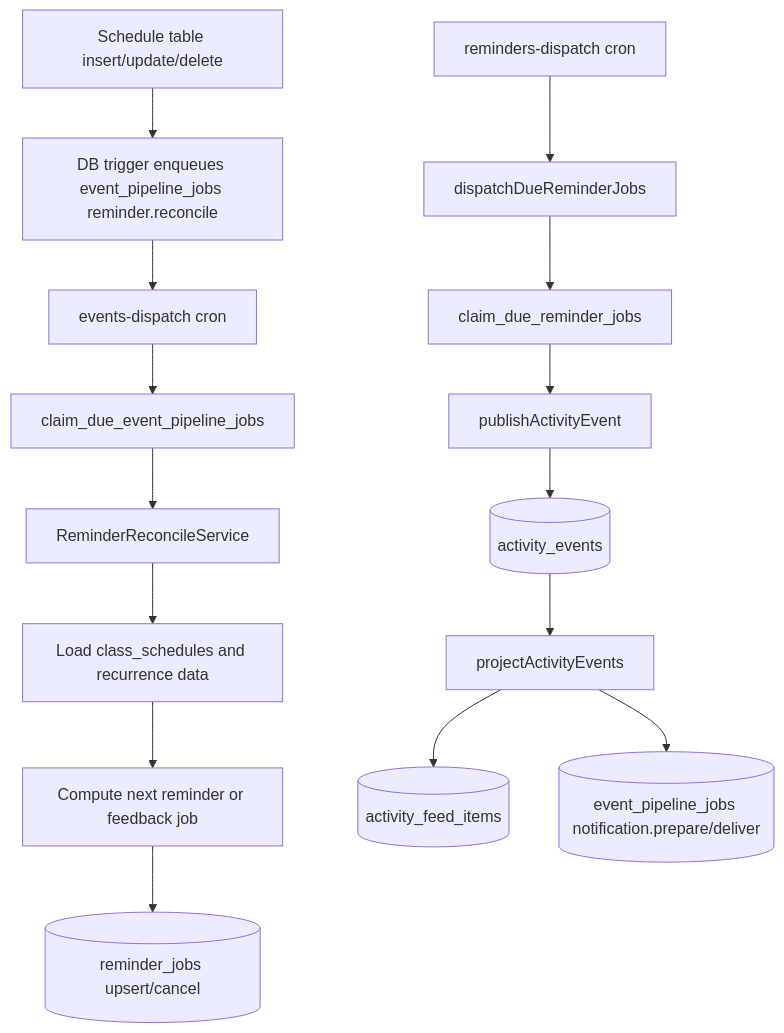
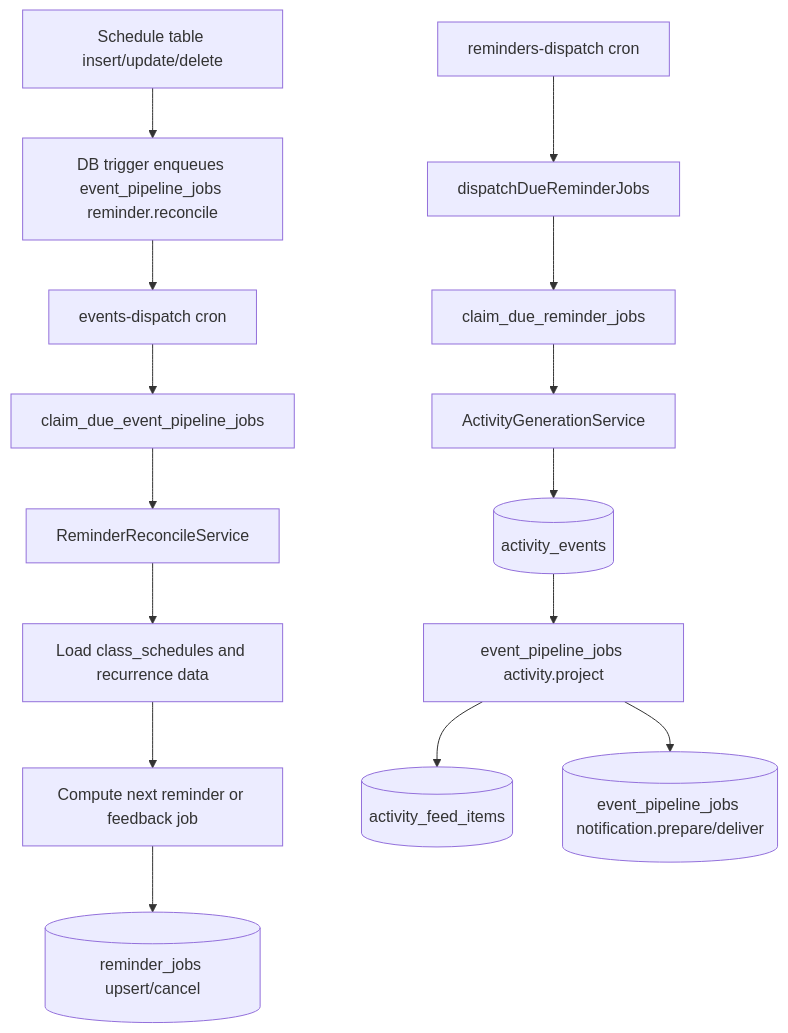
The diagram in docs/operations/reminders.md (heidisoft/iconicedu-monorepo), drawn with Mermaid before and after one commit. The commit also changed other lines of this file and 8 other files, not shown here.

First line of the commit message:
Unify event pipeline docs and add legacy notes

````diff
--- a/docs/operations/reminders.md
+++ b/docs/operations/reminders.md
@@ -34,17 +34,17 @@
 ```mermaid
 flowchart TD
   ScheduleChange[Schedule table insert/update/delete] --> Trigger[DB trigger enqueues event_pipeline_jobs reminder.reconcile]
   Trigger --> ReconcileCron[events-dispatch cron]
   ReconcileCron --> ClaimReconcile[claim_due_event_pipeline_jobs]
   ClaimReconcile --> Reconcile[ReminderReconcileService]
   Reconcile --> LoadSchedules[Load class_schedules and recurrence data]
   LoadSchedules --> NextJob[Compute next reminder or feedback job]
   NextJob --> Upsert[(reminder_jobs upsert/cancel)]
   Cron[reminders-dispatch cron] --> Dispatch[dispatchDueReminderJobs]
   Dispatch --> Claim[claim_due_reminder_jobs]
-  Claim --> Activity[publishActivityEvent]
+  Claim --> Activity[ActivityGenerationService]
   Activity --> Events[(activity_events)]
-  Events --> Projector[projectActivityEvents]
+  Events --> Projector[event_pipeline_jobs activity.project]
   Projector --> Feed[(activity_feed_items)]
   Projector --> Notifications[(event_pipeline_jobs notification.prepare/deliver)]
 ```
````
